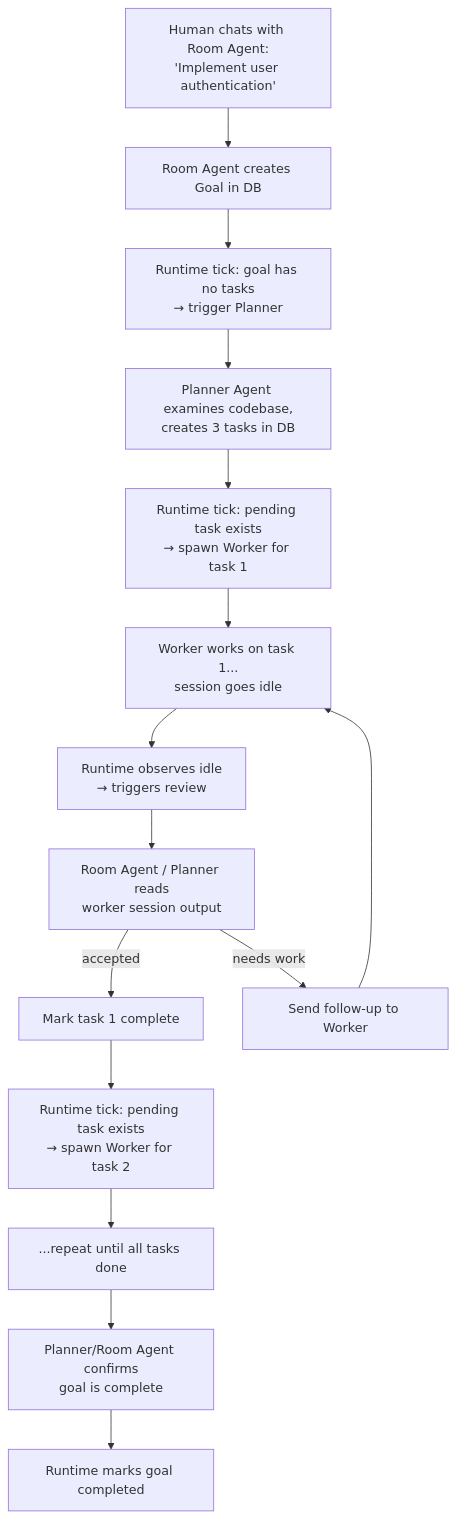
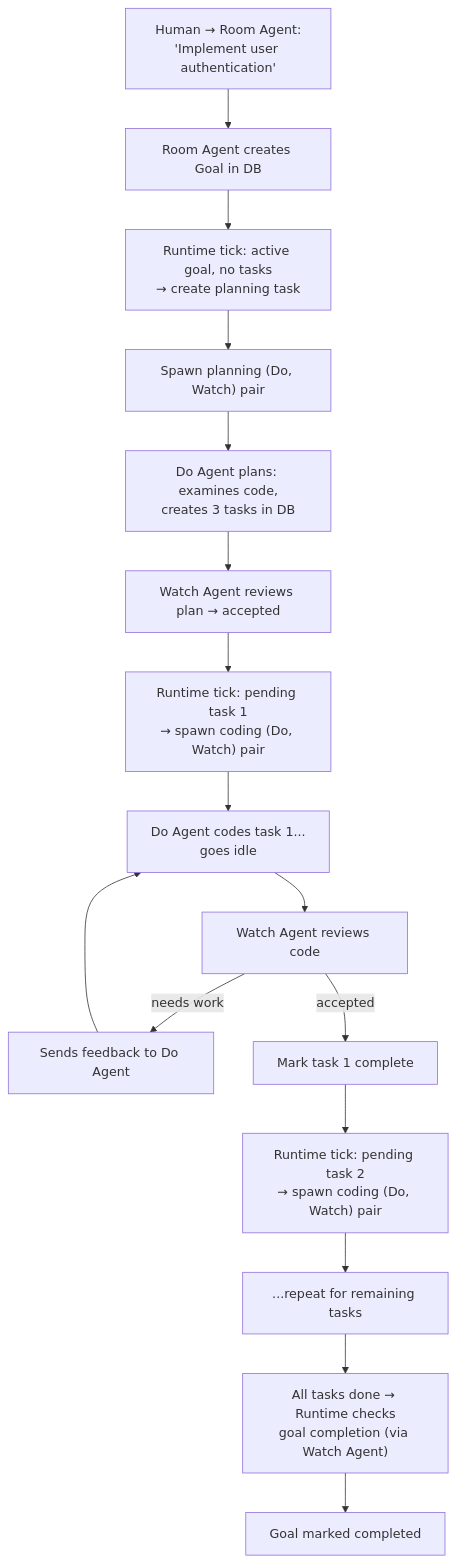
One commit to lsm/neokai changed the seventh of 7 diagrams in docs/design/room-runtime-spec.md. Above: the diagram before and after it, drawn with Mermaid. The commit also changed other lines of this file, not shown here.

First line of the commit message:
docs: update room runtime spec to v0.3 — Do/Watch agent model

````diff
--- a/docs/design/room-runtime-spec.md
+++ b/docs/design/room-runtime-spec.md
@@ -168,17 +266,18 @@
 ```mermaid
 graph TD
-    A[Human chats with Room Agent:<br/>'Implement user authentication'] --> B[Room Agent creates Goal in DB]
-    B --> C[Runtime tick: goal has no tasks<br/>→ trigger Planner]
-    C --> D[Planner Agent examines codebase,<br/>creates 3 tasks in DB]
-    D --> E[Runtime tick: pending task exists<br/>→ spawn Worker for task 1]
-    E --> F[Worker works on task 1...<br/>session goes idle]
-    F --> G[Runtime observes idle<br/>→ triggers review]
-    G --> H[Room Agent / Planner reads<br/>worker session output]
-    H -->|accepted| I[Mark task 1 complete]
-    H -->|needs work| J[Send follow-up to Worker]
-    I --> K[Runtime tick: pending task exists<br/>→ spawn Worker for task 2]
-    K --> L[...repeat until all tasks done]
-    L --> M[Planner/Room Agent confirms<br/>goal is complete]
-    M --> N[Runtime marks goal completed]
-    J --> F
+    A["Human → Room Agent:<br/>'Implement user authentication'"] --> B[Room Agent creates Goal in DB]
+    B --> C["Runtime tick: active goal, no tasks<br/>→ create planning task"]
+    C --> D["Spawn planning (Do, Watch) pair"]
+    D --> E["Do Agent plans: examines code,<br/>creates 3 tasks in DB"]
+    E --> F["Watch Agent reviews plan → accepted"]
+    F --> G["Runtime tick: pending task 1<br/>→ spawn coding (Do, Watch) pair"]
+    G --> H[Do Agent codes task 1...<br/>goes idle]
+    H --> I[Watch Agent reviews code]
+    I -->|"needs work"| J[Sends feedback to Do Agent]
+    J --> H
+    I -->|"accepted"| K[Mark task 1 complete]
+    K --> L["Runtime tick: pending task 2<br/>→ spawn coding (Do, Watch) pair"]
+    L --> M[...repeat for remaining tasks]
+    M --> N["All tasks done → Runtime checks<br/>goal completion (via Watch Agent)"]
+    N --> O[Goal marked completed]
 ```
````
